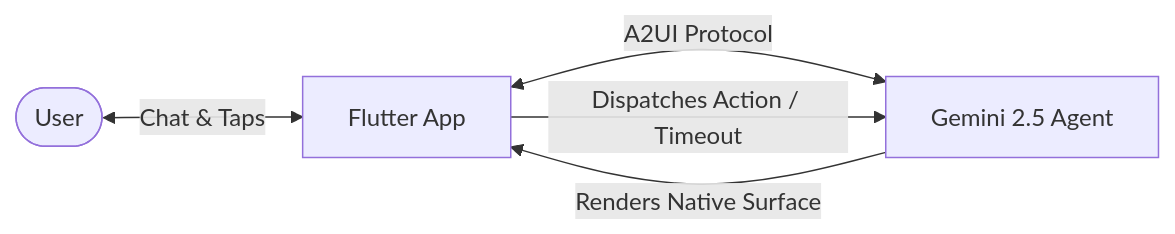
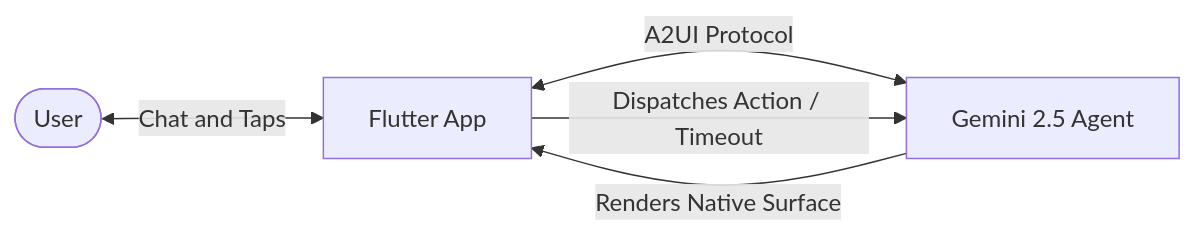
The diagram in documentation/i18n/en/docusaurus-plugin-content-docs/current/01-intro/01-welcome.md (weincoder/intro_to_genui), drawn with Mermaid before and after one commit. The commit also changed 8 other files, not shown here.

Commit message:
fix(docs): enable @docusaurus/theme-mermaid and sanitize diagram syntax

````diff
--- a/documentation/i18n/en/docusaurus-plugin-content-docs/current/01-intro/01-welcome.md
+++ b/documentation/i18n/en/docusaurus-plugin-content-docs/current/01-intro/01-welcome.md
@@ -24,7 +24,7 @@
 ```mermaid
-graph LR
-    User([User]) <-->|Chat & Taps| App[Flutter App]
-    App <-->|A2UI Protocol| Agent[Gemini 2.5 Agent]
+flowchart LR
+    User(["User"]) <-->|Chat and Taps| App["Flutter App"]
+    App <-->|A2UI Protocol| Agent["Gemini 2.5 Agent"]
     Agent -->|Renders Native Surface| App
     App -->|Dispatches Action / Timeout| Agent
 ```
````
